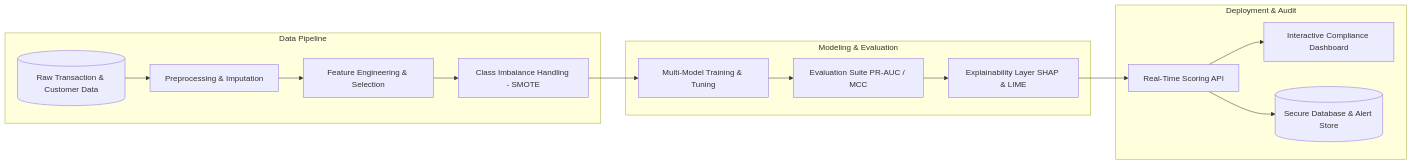
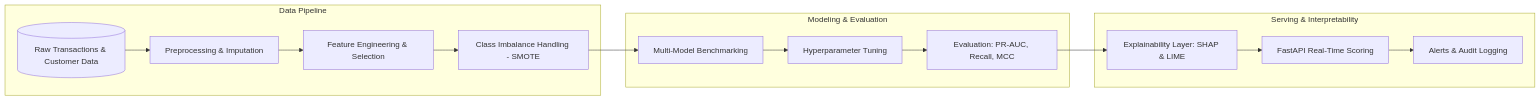
The diagram in README.md (abhi-navv/AML-Transaction-Monitoring-ML), drawn with Mermaid before and after one commit. The commit also changed other lines of this file, not shown here.

````diff
--- a/README.md
+++ b/README.md
@@ -89,20 +68,20 @@
 ```mermaid
 flowchart LR
-    subgraph Ingestion_and_Prep [Data Pipeline]
-        A[(Raw Transaction & Customer Data)] --> B[Preprocessing & Imputation]
+    subgraph Data_Pipeline [Data Pipeline]
+        A[(Raw Transactions & Customer Data)] --> B[Preprocessing & Imputation]
         B --> C[Feature Engineering & Selection]
         C --> D[Class Imbalance Handling - SMOTE]
     end
 
-    subgraph ML_Core [Modeling & Evaluation]
-        D --> E[Multi-Model Training & Tuning]
-        E --> F[Evaluation Suite PR-AUC / MCC]
-        F --> G[Explainability Layer SHAP & LIME]
+    subgraph Modeling [Modeling & Evaluation]
+        D --> E[Multi-Model Benchmarking]
+        E --> F[Hyperparameter Tuning]
+        F --> G["Evaluation: PR-AUC, Recall, MCC"]
     end
 
-    subgraph Serving_and_Compliance [Deployment & Audit]
-        G --> H[Real-Time Scoring API]
-        H --> I[Interactive Compliance Dashboard]
-        H --> J[(Secure Database & Alert Store)]
+    subgraph Serving [Serving & Interpretability]
+        G --> H["Explainability Layer: SHAP & LIME"]
+        H --> I[FastAPI Real-Time Scoring]
+        I --> J[Alerts & Audit Logging]
     end
 ```
````
